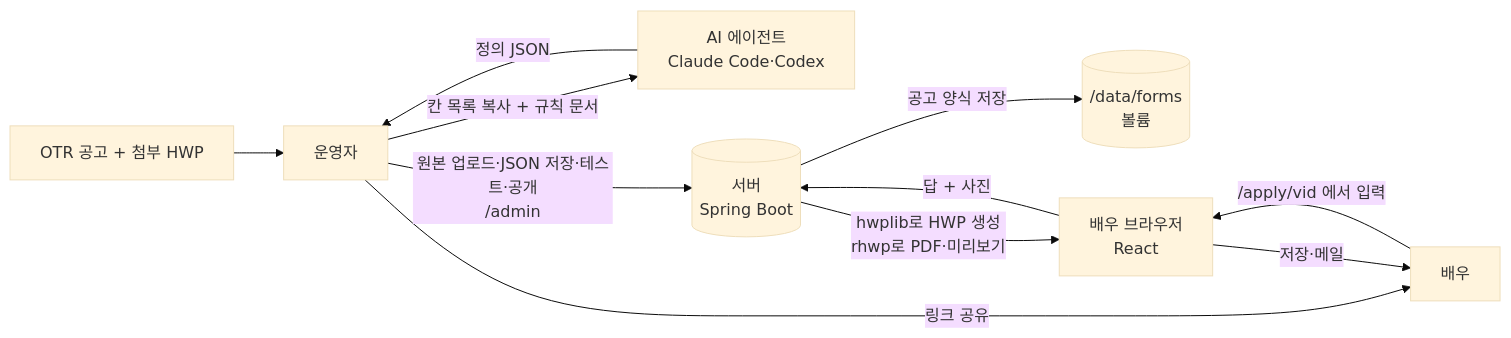
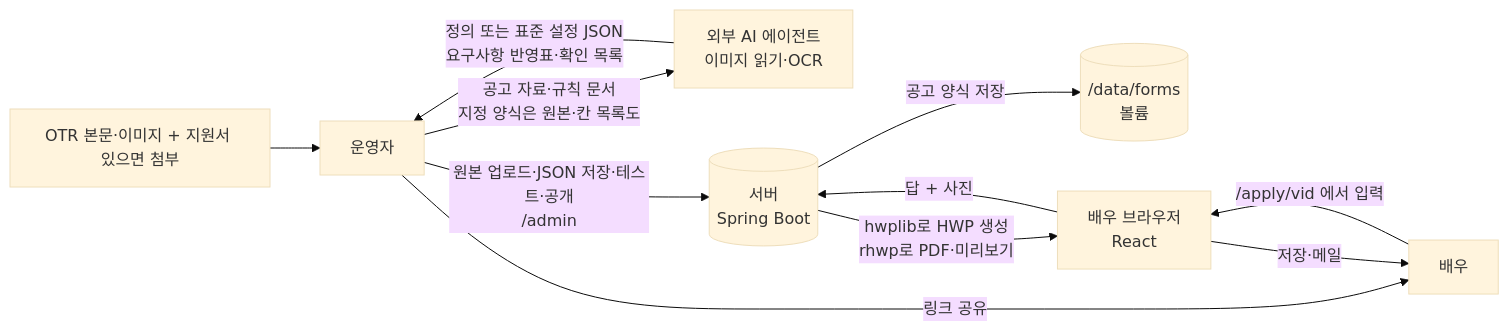
The first of 3 diagrams in design/how-it-works.md (yesulIn-prototype/actor-apply-write), drawn with Mermaid (base theme) before and after one commit. The commit also changed other lines of this file and 5 other files, not shown here.

Commit message:
docs: 공고 이미지·본문 기반 JSON 작성 가이드 개선

````diff
--- a/design/how-it-works.md
+++ b/design/how-it-works.md
@@ -9,13 +9,13 @@
 ```mermaid
 flowchart LR
-  OTR[OTR 공고 + 첨부 HWP] --> OP[운영자]
-  OP -- 칸 목록 복사 + 규칙 문서 --> AG[AI 에이전트<br/>Claude Code·Codex]
-  AG -- 정의 JSON --> OP
+  OTR[OTR 본문·이미지 + 지원서 있으면 첨부] --> OP[운영자]
+  OP -- 공고 자료·규칙 문서<br/>지정 양식은 원본·칸 목록도 --> AG[외부 AI 에이전트<br/>이미지 읽기·OCR]
+  AG -- 정의 또는 표준 설정 JSON<br/>요구사항 반영표·확인 목록 --> OP
   OP -- 원본 업로드·JSON 저장·테스트·공개<br/>/admin --> SV[(서버<br/>Spring Boot)]
   SV -- 공고 양식 저장 --> VOL[(/data/forms<br/>볼륨)]
   OP -- 링크 공유 --> ACT[배우]
   ACT -- /apply/vid 에서 입력 --> BR[배우 브라우저<br/>React]
   BR -- 답 + 사진 --> SV
   SV -- hwplib로 HWP 생성<br/>rhwp로 PDF·미리보기 --> BR
   BR -- 저장·메일 --> ACT
 ```
````
